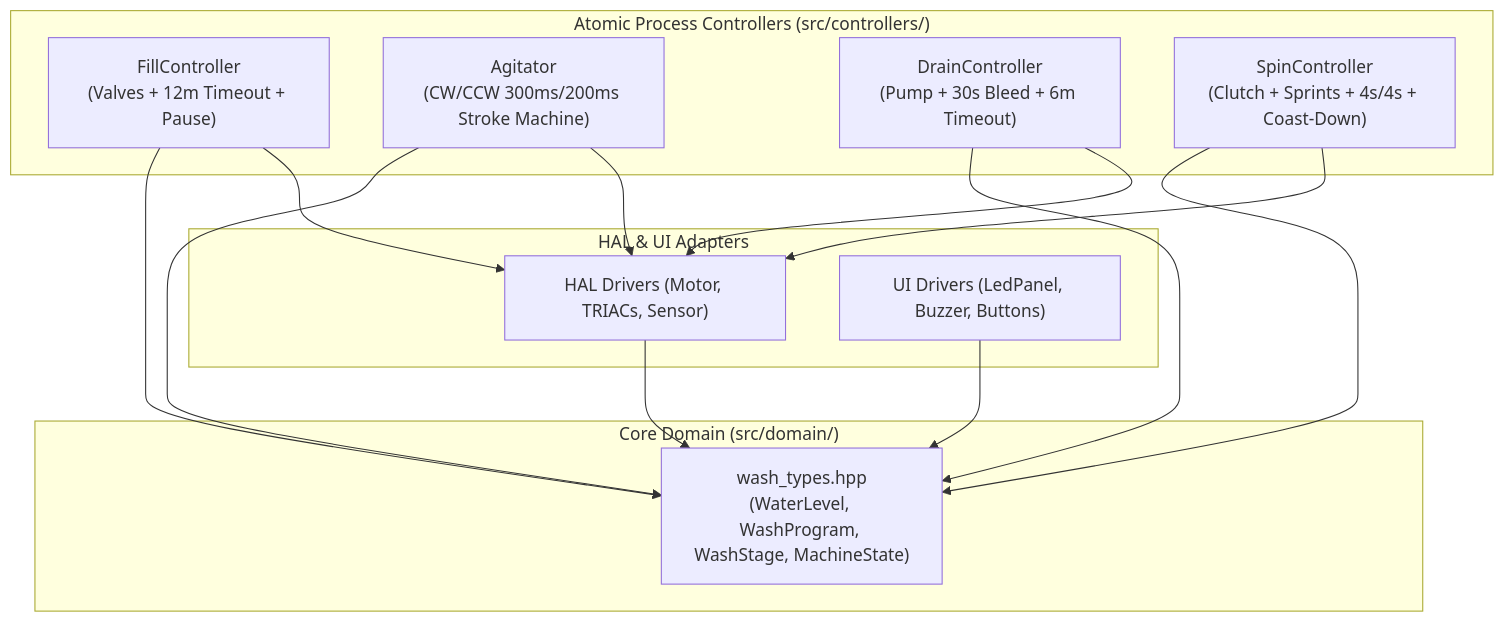
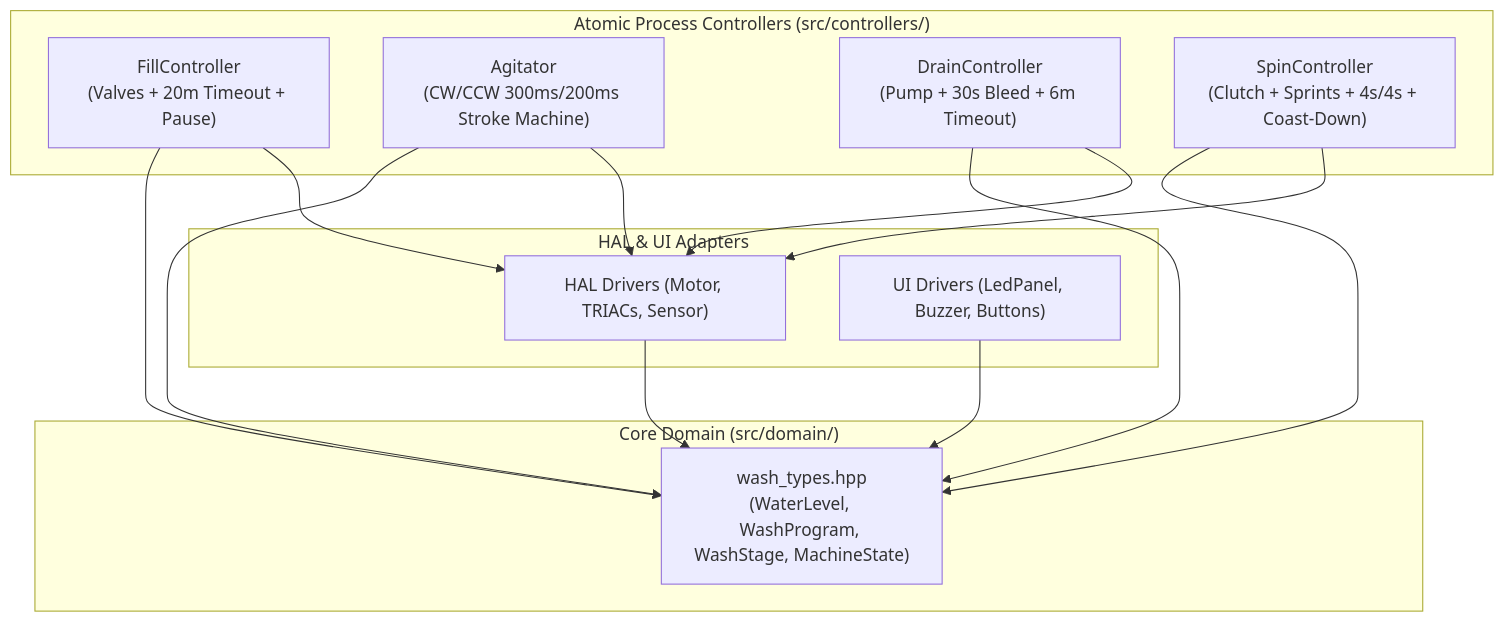
The fourth of 7 diagrams in docs/case-study.md (aluiziotomazelli/washing-machine), drawn with Mermaid before and after one commit. The commit also changed other lines of this file, not shown here.

Commit message:
docs: update fill timeout to 20m and clarify clutch decoupling mechanics

````diff
--- a/docs/case-study.md
+++ b/docs/case-study.md
@@ -221,29 +221,29 @@
 ```mermaid
 graph TD
     subgraph Domain_Layer ["Core Domain (src/domain/)"]
         DT["wash_types.hpp<br>(WaterLevel, WashProgram, WashStage, MachineState)"]
     end
 
     subgraph Process_Controllers ["Atomic Process Controllers (src/controllers/)"]
-        FC["FillController<br>(Valves + 12m Timeout + Pause)"]
+        FC["FillController<br>(Valves + 20m Timeout + Pause)"]
         AC["Agitator<br>(CW/CCW 300ms/200ms Stroke Machine)"]
         DC["DrainController<br>(Pump + 30s Bleed + 6m Timeout)"]
         SC["SpinController<br>(Clutch + Sprints + 4s/4s + Coast-Down)"]
     end
 
     subgraph Hardware_UI ["HAL & UI Adapters"]
         HAL["HAL Drivers (Motor, TRIACs, Sensor)"]
         UI["UI Drivers (LedPanel, Buzzer, Buttons)"]
     end
 
     FC --> DT
     AC --> DT
     DC --> DT
     SC --> DT
     HAL --> DT
     UI --> DT
     FC --> HAL
     AC --> HAL
     DC --> HAL
     SC --> HAL
 ```
````
